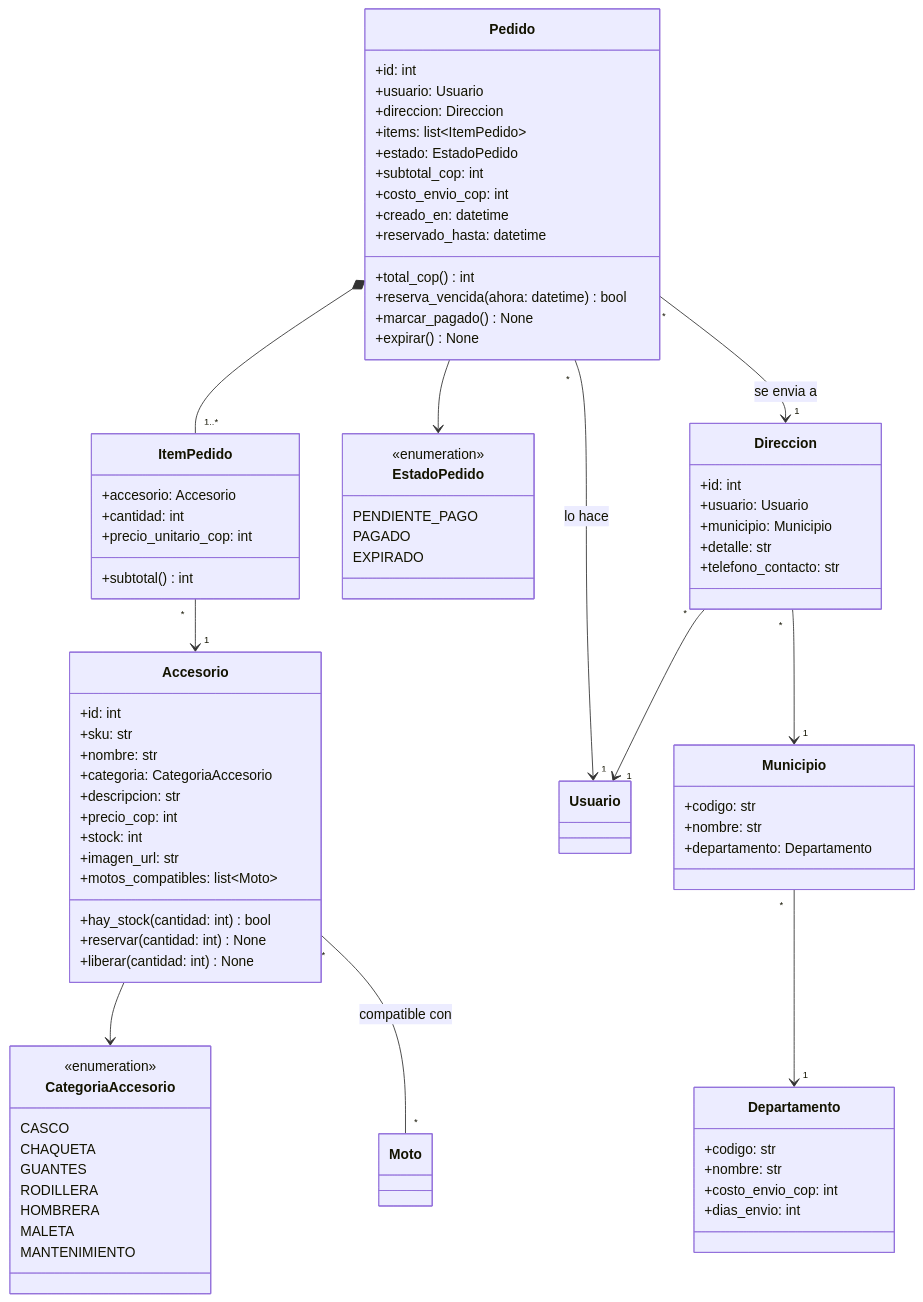
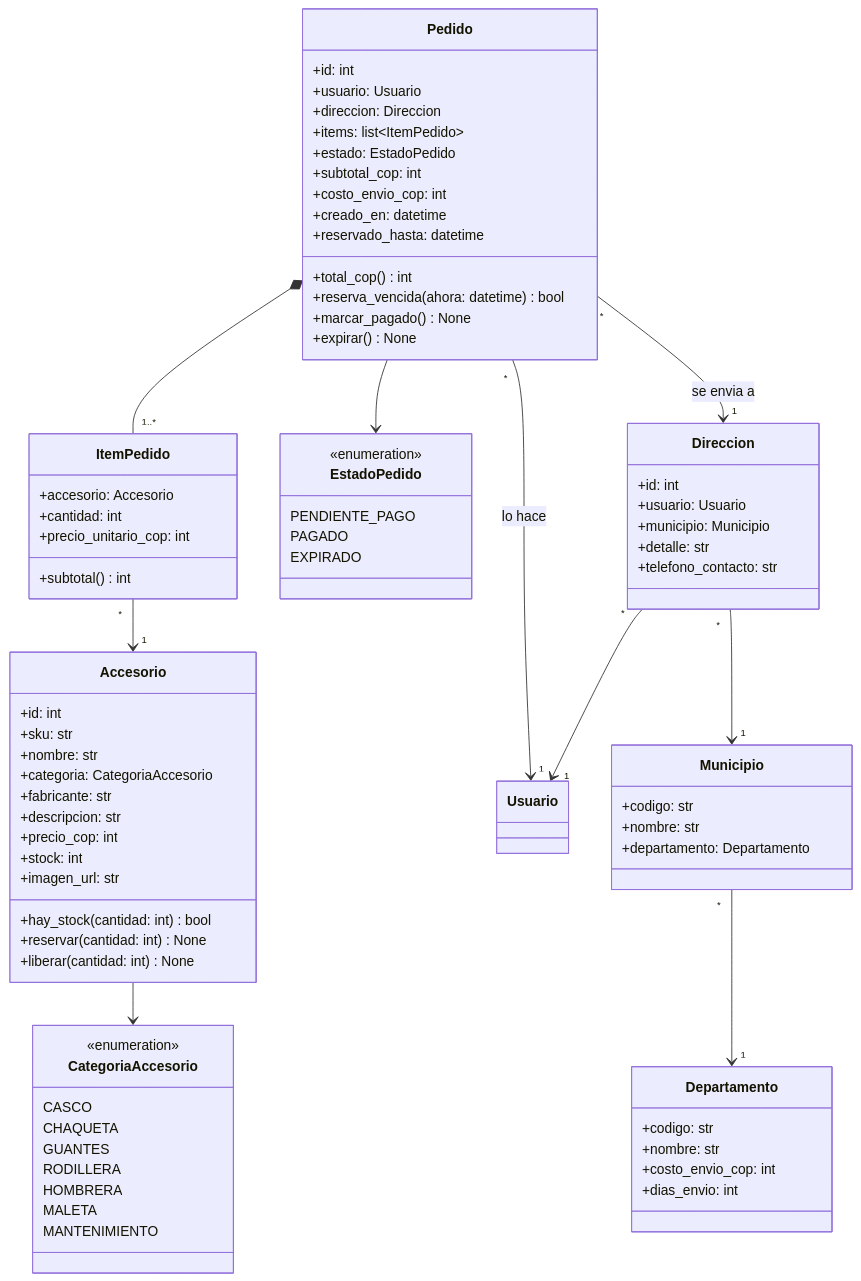
The diagram in docs/uml/fuentes/04-tienda.mmd (Andresg9805/concesionario-motos), drawn with Mermaid before and after one commit. The commit also changed 58 other files, not shown here.

```diff
--- a/docs/uml/fuentes/04-tienda.mmd
+++ b/docs/uml/fuentes/04-tienda.mmd
@@ -1,93 +1,91 @@
 classDiagram
     direction TB
 
     class Accesorio {
         +id: int
         +sku: str
         +nombre: str
         +categoria: CategoriaAccesorio
+        +fabricante: str
         +descripcion: str
         +precio_cop: int
         +stock: int
         +imagen_url: str
-        +motos_compatibles: list~Moto~
         +hay_stock(cantidad: int) bool
         +reservar(cantidad: int) None
         +liberar(cantidad: int) None
     }
 
     class CategoriaAccesorio {
         <<enumeration>>
         CASCO
         CHAQUETA
         GUANTES
         RODILLERA
         HOMBRERA
         MALETA
         MANTENIMIENTO
     }
 
     class Pedido {
         +id: int
         +usuario: Usuario
         +direccion: Direccion
         +items: list~ItemPedido~
         +estado: EstadoPedido
         +subtotal_cop: int
         +costo_envio_cop: int
         +creado_en: datetime
         +reservado_hasta: datetime
         +total_cop() int
         +reserva_vencida(ahora: datetime) bool
         +marcar_pagado() None
         +expirar() None
     }
 
     class ItemPedido {
         +accesorio: Accesorio
         +cantidad: int
         +precio_unitario_cop: int
         +subtotal() int
     }
 
     class EstadoPedido {
         <<enumeration>>
         PENDIENTE_PAGO
         PAGADO
         EXPIRADO
     }
 
     class Direccion {
         +id: int
         +usuario: Usuario
         +municipio: Municipio
         +detalle: str
         +telefono_contacto: str
     }
 
     class Municipio {
         +codigo: str
         +nombre: str
         +departamento: Departamento
     }
 
     class Departamento {
         +codigo: str
         +nombre: str
         +costo_envio_cop: int
         +dias_envio: int
     }
 
-    class Moto
     class Usuario
 
     Accesorio --> CategoriaAccesorio
-    Accesorio "*" -- "*" Moto : compatible con
     Pedido *-- "1..*" ItemPedido
     ItemPedido "*" --> "1" Accesorio
     Pedido --> EstadoPedido
     Pedido "*" --> "1" Usuario : lo hace
     Pedido "*" --> "1" Direccion : se envia a
     Direccion "*" --> "1" Usuario
     Direccion "*" --> "1" Municipio
     Municipio "*" --> "1" Departamento
```
